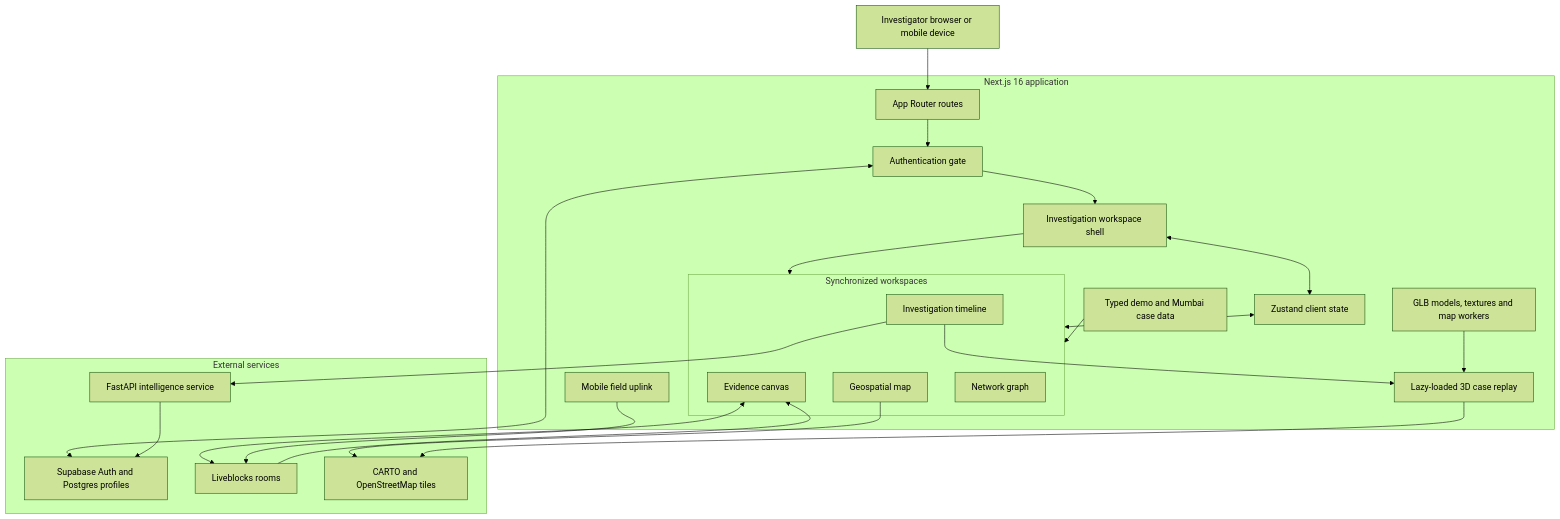
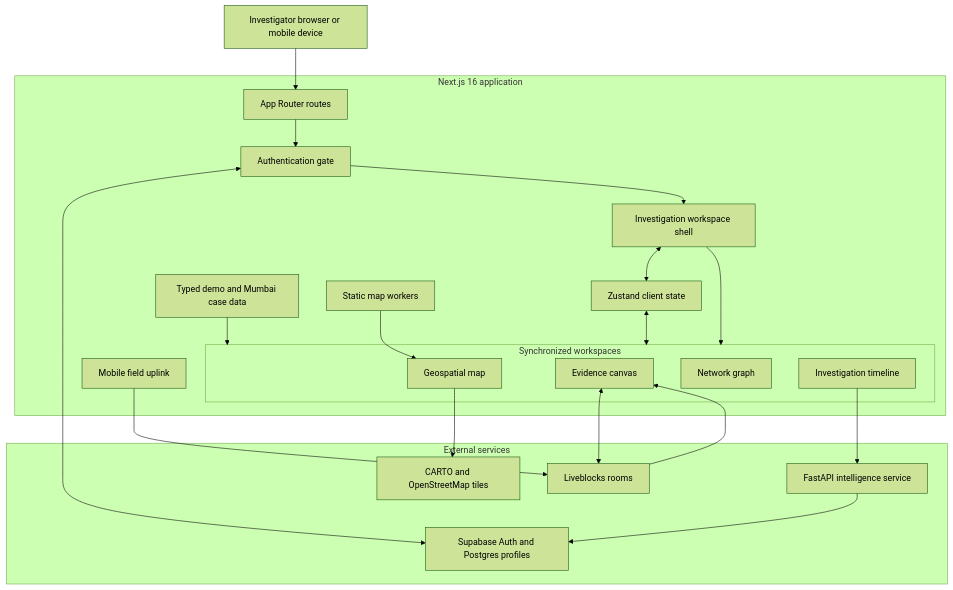
One commit to OjasRane/CrimeLens2 changed the first of 6 diagrams in SYSTEM_ARCHITECTURE.md. Above: the diagram before and after it, drawn with Mermaid (forest theme). The commit also changed other lines of this file and 136 other files, not shown here.

````diff
--- a/SYSTEM_ARCHITECTURE.md
+++ b/SYSTEM_ARCHITECTURE.md
@@ -14,48 +14,45 @@
 ```mermaid
 flowchart TB
     User["Investigator browser or mobile device"]
 
     subgraph Web["Next.js 16 application"]
         Routes["App Router routes"]
         AuthGate["Authentication gate"]
         Shell["Investigation workspace shell"]
         Store["Zustand client state"]
 
         subgraph Workspaces["Synchronized workspaces"]
             Map["Geospatial map"]
             Board["Evidence canvas"]
             Graph["Network graph"]
             Timeline["Investigation timeline"]
         end
 
-        Replay["Lazy-loaded 3D case replay"]
         Uplink["Mobile field uplink"]
         StaticData["Typed demo and Mumbai case data"]
-        Assets["GLB models, textures and map workers"]
+        Assets["Static map workers"]
     end
 
     subgraph Services["External services"]
         Supabase["Supabase Auth and Postgres profiles"]
         Liveblocks["Liveblocks rooms"]
         API["FastAPI intelligence service"]
         Tiles["CARTO and OpenStreetMap tiles"]
     end
 
     User --> Routes
     Routes --> AuthGate
     AuthGate <--> Supabase
     AuthGate --> Shell
     Shell <--> Store
     Shell --> Workspaces
     StaticData --> Workspaces
     Store <--> Workspaces
-    Timeline --> Replay
-    Assets --> Replay
+    Assets --> Map
     Map --> Tiles
-    Replay --> Tiles
     Board <--> Liveblocks
     Uplink --> Liveblocks
     Liveblocks --> Board
     Timeline --> API
     API --> Supabase
 ```
````
